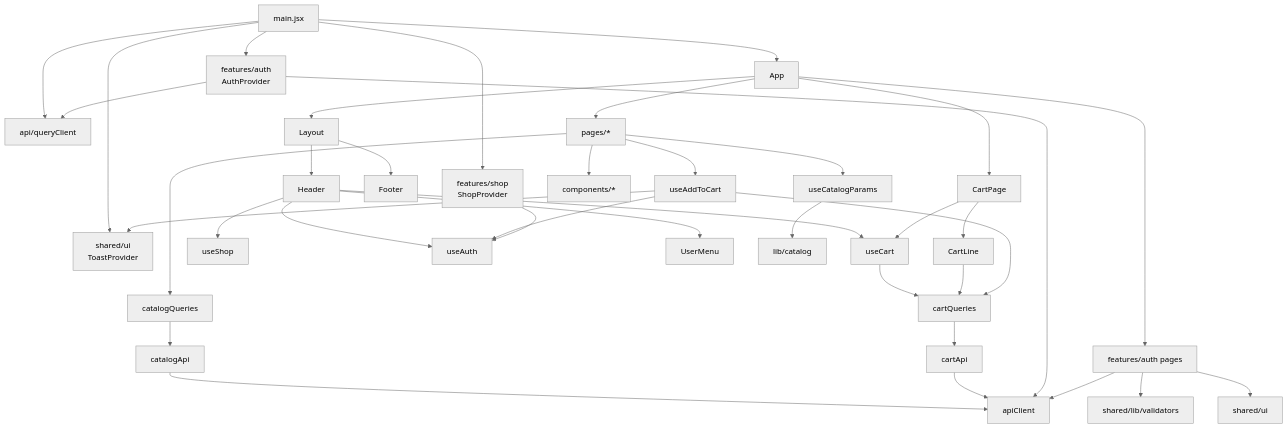
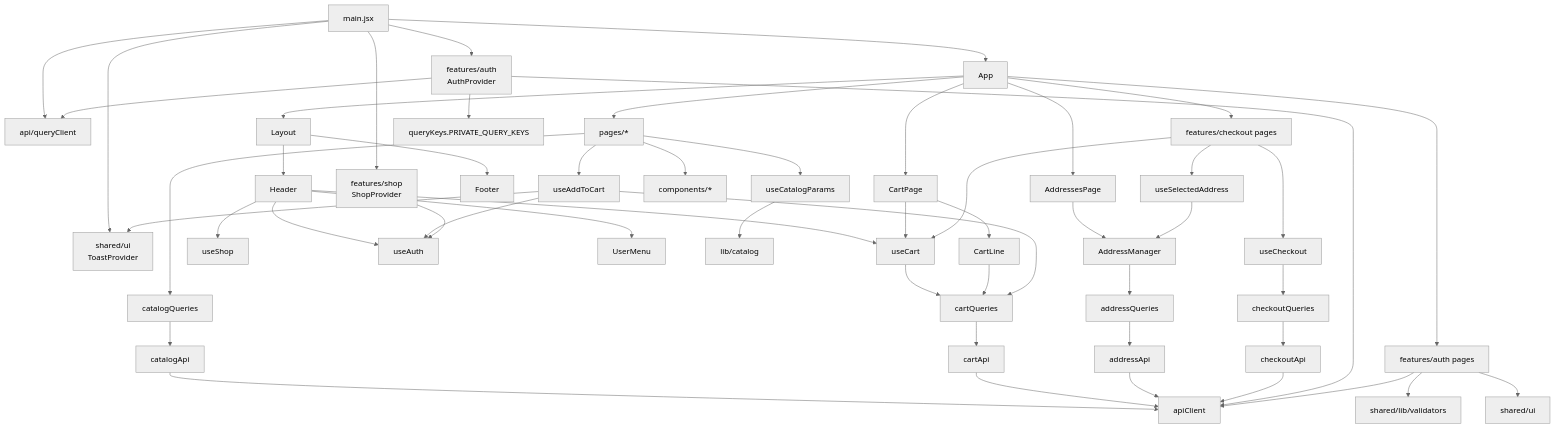
Before and after one commit to skillwilldev/team-cyber-storefront: the seventh of 7 diagrams in ARCHITECTURE.md, drawn with Mermaid (neutral theme). The commit also changed other lines of this file and 4 other files, not shown here.

````diff
--- a/ARCHITECTURE.md
+++ b/ARCHITECTURE.md
@@ -904,40 +1186,47 @@
 ```mermaid
 flowchart TD
   main[main.jsx] --> App
   main --> QC[api/queryClient]
   main --> AuthP[features/auth<br/>AuthProvider]
   main --> ShopP[features/shop<br/>ShopProvider]
   main --> Toast[shared/ui<br/>ToastProvider]
 
   App --> Layout
   App --> Pages[pages/*]
   App --> AuthPages[features/auth pages]
   App --> CartPage
+  App --> AddressesPage
+  App --> CheckoutPages[features/checkout pages]
 
   Layout --> Header
   Layout --> Footer
   Header --> useCart
   Header --> useShop
   Header --> useAuth
   Header --> UserMenu
 
   Pages --> catalogQueries
   Pages --> useCatalogParams
   Pages --> components[components/*]
   Pages --> useAddToCart
   useCatalogParams --> libcatalog[lib/catalog]
 
   catalogQueries --> catalogApi --> apiClient
   CartPage --> useCart --> cartQueries --> cartApi --> apiClient
   CartPage --> CartLine --> cartQueries
   useAddToCart --> cartQueries
   useAddToCart --> useAuth
   useAddToCart --> Toast
 
+  AddressesPage --> AddressManager --> addressQueries --> addressApi --> apiClient
+  CheckoutPages --> useCheckout --> checkoutQueries --> checkoutApi --> apiClient
+  CheckoutPages --> useSelectedAddress --> AddressManager
+  CheckoutPages --> useCart
   AuthP --> apiClient
   AuthP --> QC
+  AuthP --> PQK[queryKeys.PRIVATE_QUERY_KEYS]
   ShopP --> useAuth
   AuthPages --> validators[shared/lib/validators]
   AuthPages --> ui[shared/ui]
   AuthPages --> apiClient
 ```
````
